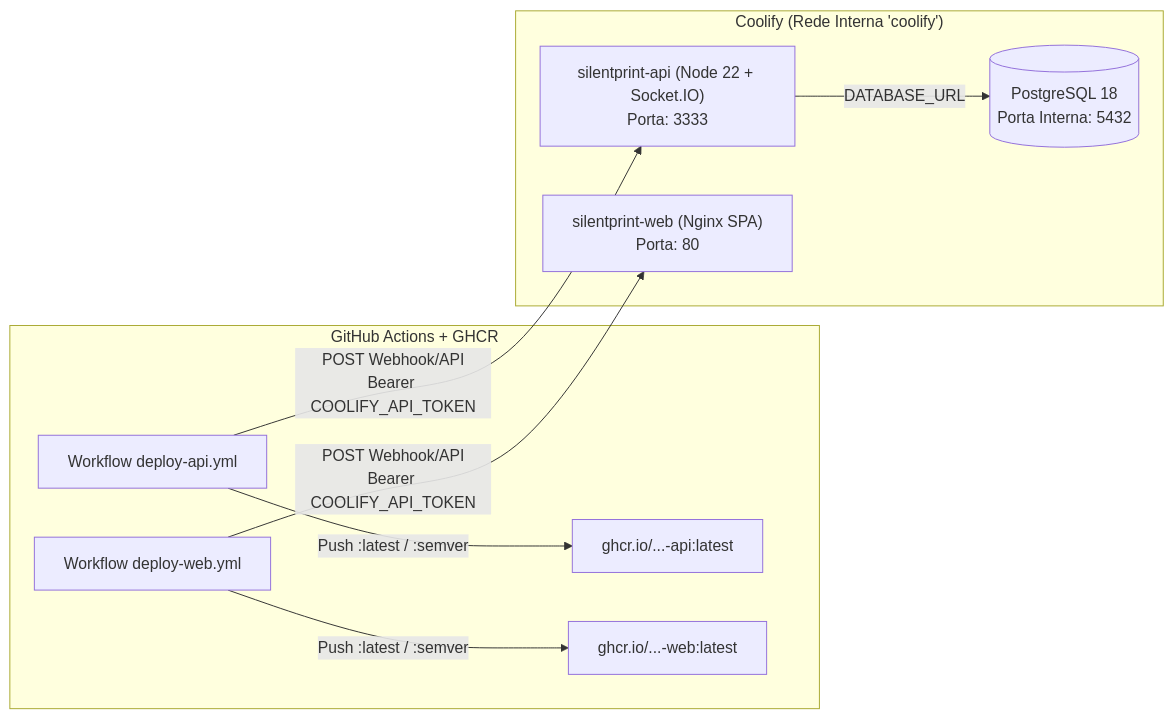
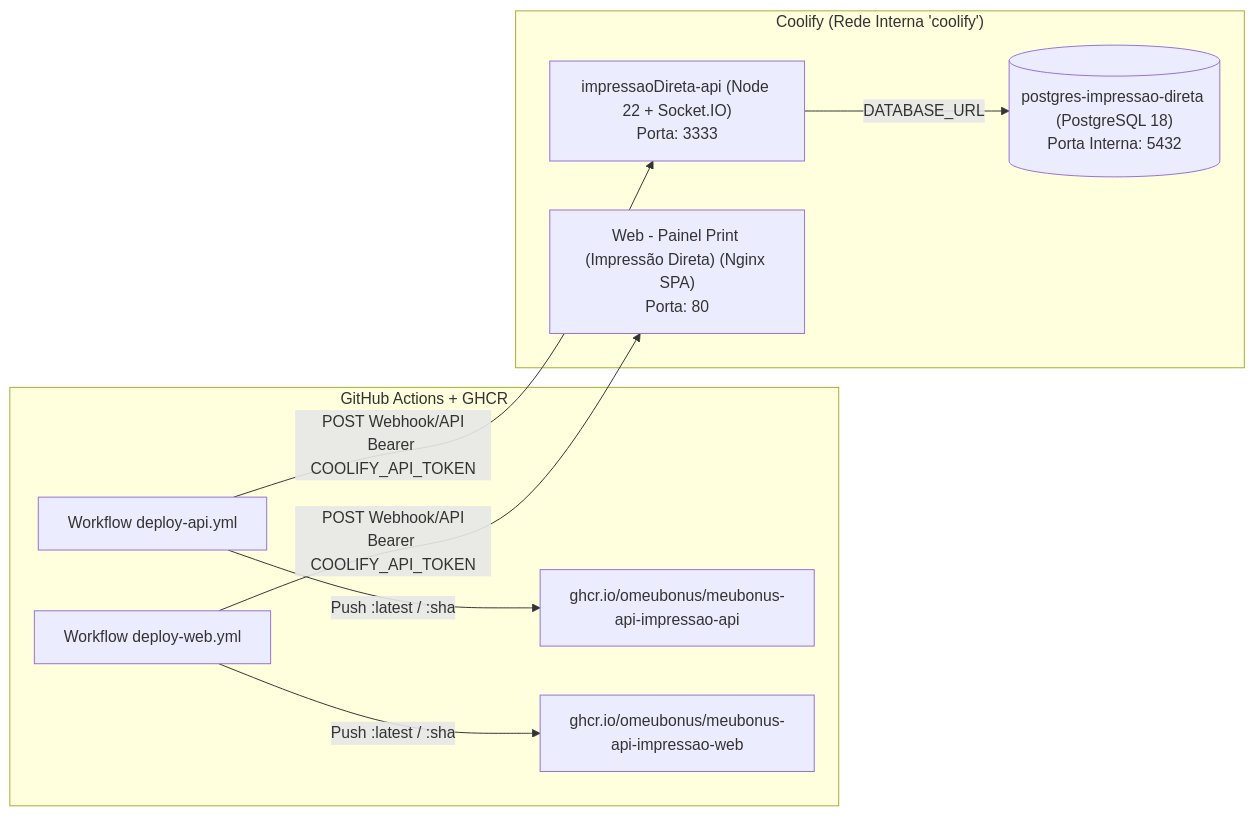
One commit to omeubonus/meubonus-api-impressao changed the diagram in docs/deploy/coolify.md. Above: the diagram before and after it, drawn with Mermaid. The commit also changed other lines of this file and 1 other file, not shown here.

````diff
--- a/docs/deploy/coolify.md
+++ b/docs/deploy/coolify.md
@@ -11,17 +11,17 @@
 ```mermaid
 flowchart LR
     subgraph GitHub["GitHub Actions + GHCR"]
-        GHA_API["Workflow deploy-api.yml"] -->|"Push :latest / :semver"| GHCR_API["ghcr.io/...-api:latest"]
-        GHA_WEB["Workflow deploy-web.yml"] -->|"Push :latest / :semver"| GHCR_WEB["ghcr.io/...-web:latest"]
+        GHA_API["Workflow deploy-api.yml"] -->|"Push :latest / :sha"| GHCR_API["ghcr.io/omeubonus/meubonus-api-impressao-api"]
+        GHA_WEB["Workflow deploy-web.yml"] -->|"Push :latest / :sha"| GHCR_WEB["ghcr.io/omeubonus/meubonus-api-impressao-web"]
     end
 
     subgraph Coolify["Coolify (Rede Interna 'coolify')"]
-        API["silentprint-api (Node 22 + Socket.IO)<br/>Porta: 3333"]
-        WEB["silentprint-web (Nginx SPA)<br/>Porta: 80"]
-        DB[("PostgreSQL 18<br/>Porta Interna: 5432")]
+        API["impressaoDireta-api (Node 22 + Socket.IO)<br/>Porta: 3333"]
+        WEB["Web - Painel Print (Impressão Direta) (Nginx SPA)<br/>Porta: 80"]
+        DB[("postgres-impressao-direta (PostgreSQL 18)<br/>Porta Interna: 5432")]
         API -->|"DATABASE_URL"| DB
     end
 
     GHA_API -->|"POST Webhook/API<br/>Bearer COOLIFY_API_TOKEN"| API
     GHA_WEB -->|"POST Webhook/API<br/>Bearer COOLIFY_API_TOKEN"| WEB
 ```
````
